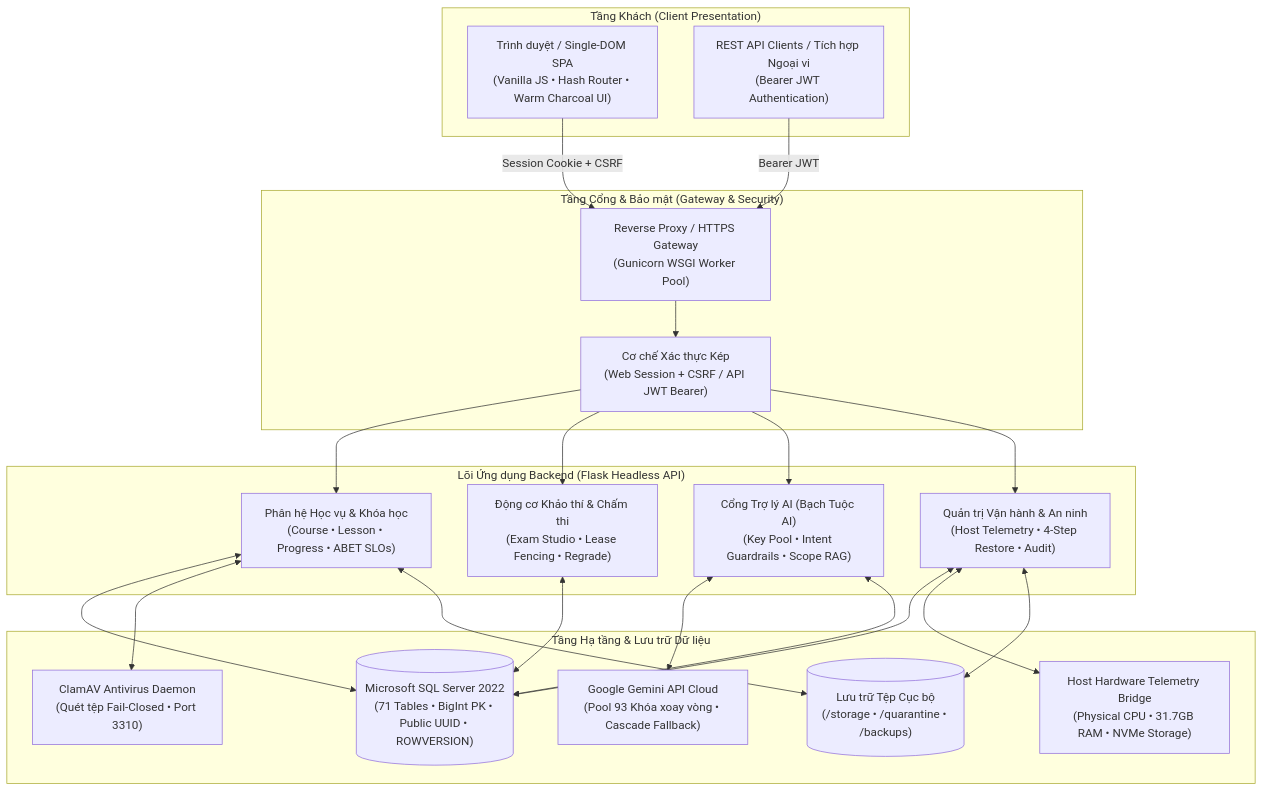
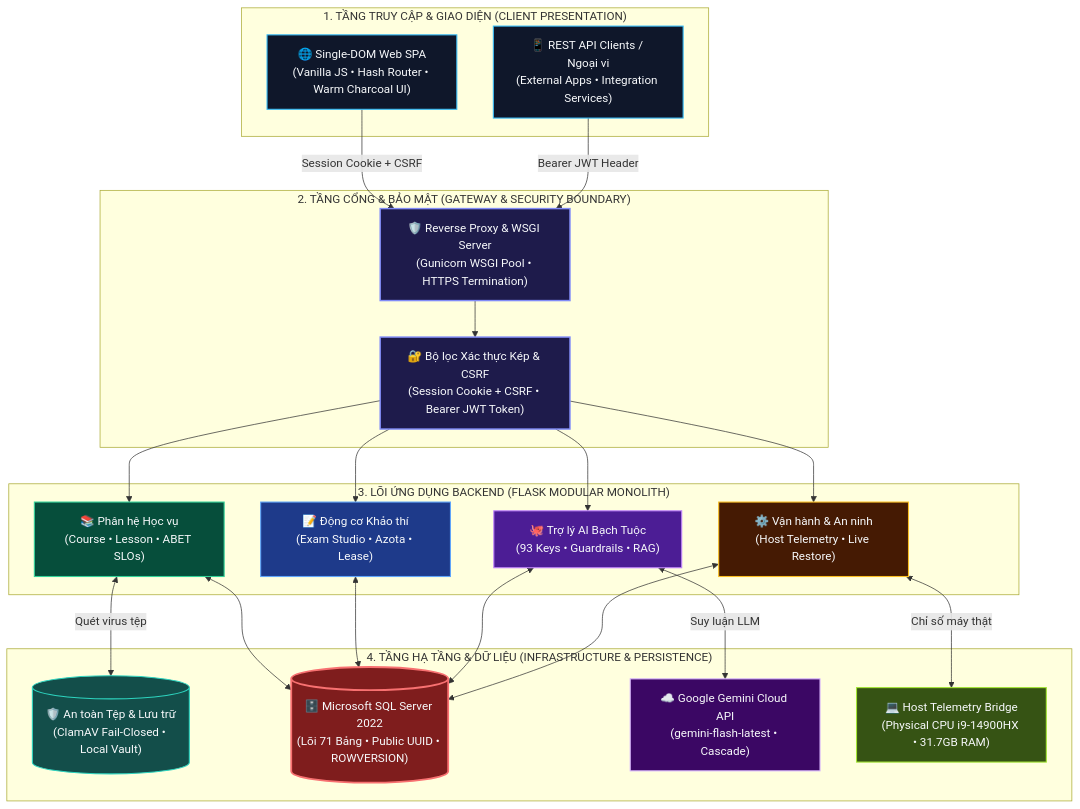
The diagram in README.md (concatapchay123/PWD301), drawn with Mermaid before and after one commit.

Commit message:
docs: redesign Mermaid architecture diagram with symmetrical 4-tier grid and zero-crossing layout
- Refactor architecture into balanced 2-2-4-4 symmetrical grid
- Eliminate tangled and crossing diagonal arrows between services and infra
- Apply cohesive visual color palette (Slate, Indigo, Emerald, Royal Blue, Amber, Purple, Crimson)
- Align infrastructure nodes directly under their respective core services

````diff
--- a/README.md
+++ b/README.md
@@ -41,45 +41,73 @@
 ```mermaid
 flowchart TD
-    subgraph ClientLayer ["Tầng Khách (Client Presentation)"]
-        SPA["Trình duyệt / Single-DOM SPA\n(Vanilla JS • Hash Router • Warm Charcoal UI)"]
-        EXT["REST API Clients / Tích hợp Ngoại vi\n(Bearer JWT Authentication)"]
+    %% TẦNG 1: TRUY CẬP (CLIENT TIER)
+    subgraph TierClient ["  1. TẦNG TRUY CẬP & GIAO DIỆN (CLIENT PRESENTATION)  "]
+        SPA["🌐 Single-DOM Web SPA\n(Vanilla JS • Hash Router • Warm Charcoal UI)"]
+        API_CLIENT["📱 REST API Clients / Ngoại vi\n(External Apps • Integration Services)"]
     end
 
-    subgraph GatewayLayer ["Tầng Cổng & Bảo mật (Gateway & Security)"]
-        PROXY["Reverse Proxy / HTTPS Gateway\n(Gunicorn WSGI Worker Pool)"]
-        AUTH_GATE["Cơ chế Xác thực Kép\n(Web Session + CSRF / API JWT Bearer)"]
+    %% TẦNG 2: CỔNG & AN NINH (GATEWAY TIER)
+    subgraph TierGateway ["  2. TẦNG CỔNG & BẢO MẬT (GATEWAY & SECURITY BOUNDARY)  "]
+        PROXY["🛡️ Reverse Proxy & WSGI Server\n(Gunicorn WSGI Pool • HTTPS Termination)"]
+        AUTH_GATE["🔐 Bộ lọc Xác thực Kép & CSRF\n(Session Cookie + CSRF • Bearer JWT Token)"]
     end
 
-    subgraph CoreBackend ["Lõi Ứng dụng Backend (Flask Headless API)"]
-        LMS_SVC["Phân hệ Học vụ & Khóa học\n(Course • Lesson • Progress • ABET SLOs)"]
-        EXAM_SVC["Động cơ Khảo thí & Chấm thi\n(Exam Studio • Lease Fencing • Regrade)"]
-        AI_SVC["Cổng Trợ lý AI (Bạch Tuộc AI)\n(Key Pool • Intent Guardrails • Scope RAG)"]
-        OPS_SVC["Quản trị Vận hành & An ninh\n(Host Telemetry • 4-Step Restore • Audit)"]
+    %% TẦNG 3: LÕI BACKEND (APPLICATION SERVICES TIER)
+    subgraph TierBackend ["  3. LÕI ỨNG DỤNG BACKEND (FLASK MODULAR MONOLITH)  "]
+        SVC_LMS["📚 Phân hệ Học vụ\n(Course • Lesson • ABET SLOs)"]
+        SVC_EXAM["📝 Động cơ Khảo thí\n(Exam Studio • Azota • Lease)"]
+        SVC_AI["🐙 Trợ lý AI Bạch Tuộc\n(93 Keys • Guardrails • RAG)"]
+        SVC_OPS["⚙️ Vận hành & An ninh\n(Host Telemetry • Live Restore)"]
     end
 
-    subgraph StorageInfra ["Tầng Hạ tầng & Lưu trữ Dữ liệu"]
-        MSSQL[("Microsoft SQL Server 2022\n(71 Tables • BigInt PK • Public UUID • ROWVERSION)")]
-        CLAMAV["ClamAV Antivirus Daemon\n(Quét tệp Fail-Closed • Port 3310)"]
-        GEMINI["Google Gemini API Cloud\n(Pool 93 Khóa xoay vòng • Cascade Fallback)"]
-        HOST_METRICS["Host Hardware Telemetry Bridge\n(Physical CPU • 31.7GB RAM • NVMe Storage)"]
-        PRIVATE_STORE[("Lưu trữ Tệp Cục bộ\n(/storage • /quarantine • /backups)")]
+    %% TẦNG 4: HẠ TẦNG & DỮ LIỆU CHUẨN (INFRASTRUCTURE & PERSISTENCE)
+    subgraph TierInfra ["  4. TẦNG HẠ TẦNG & DỮ LIỆU (INFRASTRUCTURE & PERSISTENCE)  "]
+        STORE_FILE[("🛡️ An toàn Tệp & Lưu trữ\n(ClamAV Fail-Closed • Local Vault)")]
+        STORE_DB[("🗄️ Microsoft SQL Server 2022\n(Lõi 71 Bảng • Public UUID • ROWVERSION)")]
+        STORE_AI["☁️ Google Gemini Cloud API\n(gemini-flash-latest • Cascade)"]
+        STORE_HOST["💻 Host Telemetry Bridge\n(Physical CPU i9-14900HX • 31.7GB RAM)"]
     end
 
+    %% KẾT NỐI TẦNG 1 -> TẦNG 2
     SPA -->|Session Cookie + CSRF| PROXY
-    EXT -->|Bearer JWT| PROXY
+    API_CLIENT -->|Bearer JWT Header| PROXY
     PROXY --> AUTH_GATE
-    AUTH_GATE --> LMS_SVC
-    AUTH_GATE --> EXAM_SVC
-    AUTH_GATE --> AI_SVC
-    AUTH_GATE --> OPS_SVC
 
-    LMS_SVC <--> MSSQL
-    EXAM_SVC <--> MSSQL
-    OPS_SVC <--> MSSQL
-    OPS_SVC <--> HOST_METRICS
-    OPS_SVC <--> PRIVATE_STORE
-    LMS_SVC <--> CLAMAV
-    LMS_SVC <--> PRIVATE_STORE
-    AI_SVC <--> GEMINI
-    AI_SVC <--> MSSQL
+    %% KẾT NỐI TẦNG 2 -> TẦNG 3
+    AUTH_GATE --> SVC_LMS
+    AUTH_GATE --> SVC_EXAM
+    AUTH_GATE --> SVC_AI
+    AUTH_GATE --> SVC_OPS
+
+    %% KẾT NỐI TẦNG 3 -> TẦNG 4 (ĐỐI XỨNG, THẲNG HÀNG, KHÔNG ĐAN CHÉO)
+    SVC_LMS <-->|Quét virus tệp| STORE_FILE
+    SVC_LMS <--> STORE_DB
+    SVC_EXAM <--> STORE_DB
+    SVC_AI <--> STORE_DB
+    SVC_AI <-->|Suy luận LLM| STORE_AI
+    SVC_OPS <--> STORE_DB
+    SVC_OPS <-->|Chỉ số máy thật| STORE_HOST
+
+    %% ĐỊNH NGHĨA PHONG CÁCH MÀU SẮC ĐỒNG BỘ
+    classDef clientNode fill:#0f172a,stroke:#38bdf8,stroke-width:1.5px,color:#f8fafc;
+    classDef gatewayNode fill:#1e1b4b,stroke:#818cf8,stroke-width:2px,color:#f8fafc;
+    classDef lmsNode fill:#064e3b,stroke:#34d399,stroke-width:1.5px,color:#f8fafc;
+    classDef examNode fill:#1e3a8a,stroke:#60a5fa,stroke-width:1.5px,color:#f8fafc;
+    classDef opsNode fill:#451a03,stroke:#fbbf24,stroke-width:1.5px,color:#f8fafc;
+    classDef aiNode fill:#4c1d95,stroke:#c084fc,stroke-width:1.5px,color:#f8fafc;
+    classDef dbNode fill:#7f1d1d,stroke:#f87171,stroke-width:2.5px,color:#f8fafc;
+    classDef storageNode fill:#134e4a,stroke:#2dd4bf,stroke-width:1.5px,color:#f8fafc;
+    classDef hostNode fill:#365314,stroke:#a3e635,stroke-width:1.5px,color:#f8fafc;
+    classDef cloudNode fill:#3b0764,stroke:#d8b4fe,stroke-width:1.5px,color:#f8fafc;
+
+    class SPA,API_CLIENT clientNode;
+    class PROXY,AUTH_GATE gatewayNode;
+    class SVC_LMS lmsNode;
+    class SVC_EXAM examNode;
+    class SVC_OPS opsNode;
+    class SVC_AI aiNode;
+    class STORE_DB dbNode;
+    class STORE_FILE storageNode;
+    class STORE_HOST hostNode;
+    class STORE_AI cloudNode;
 ```
````
